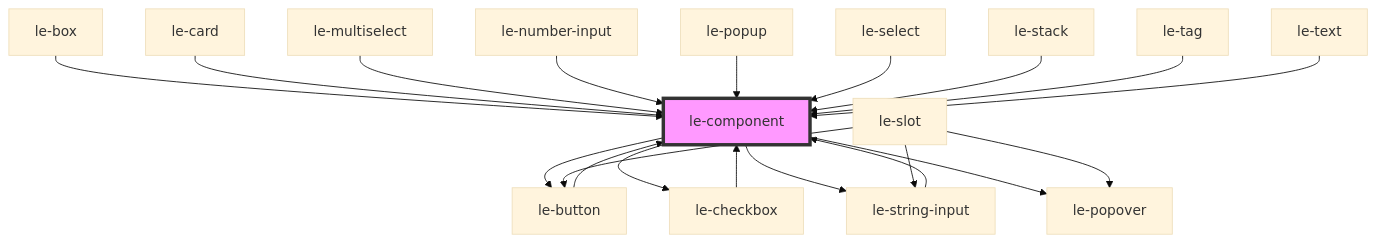
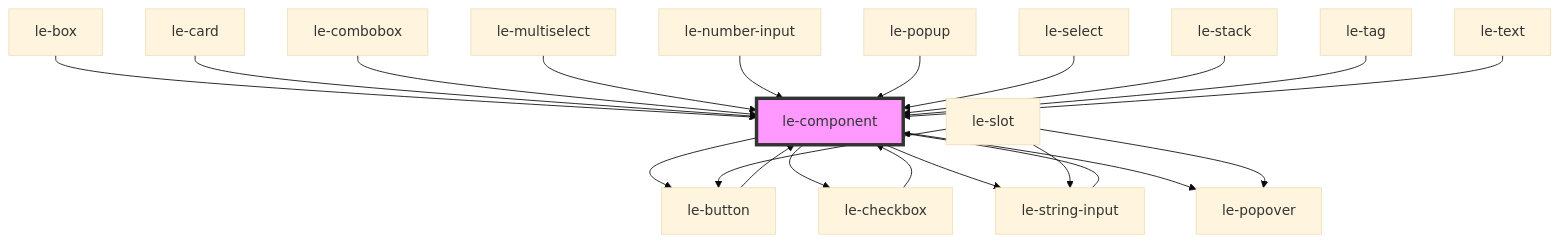
One commit to leechy/le-kit changed the diagram in src/components/le-component/readme.md. Above: the diagram before and after it, drawn with Mermaid (base theme). The commit also changed other lines of this file and 21 other files, not shown here.

````diff
--- a/src/components/le-component/readme.md
+++ b/src/components/le-component/readme.md
@@ -74,23 +75,24 @@
 ```mermaid
 graph TD;
   le-component --> le-button
   le-component --> le-checkbox
   le-component --> le-string-input
   le-component --> le-popover
   le-button --> le-component
   le-slot --> le-popover
   le-slot --> le-button
   le-slot --> le-string-input
   le-string-input --> le-component
   le-checkbox --> le-component
   le-box --> le-component
   le-card --> le-component
+  le-combobox --> le-component
   le-multiselect --> le-component
   le-number-input --> le-component
   le-popup --> le-component
   le-select --> le-component
   le-stack --> le-component
   le-tag --> le-component
   le-text --> le-component
   style le-component fill:#f9f,stroke:#333,stroke-width:4px
 ```
````
